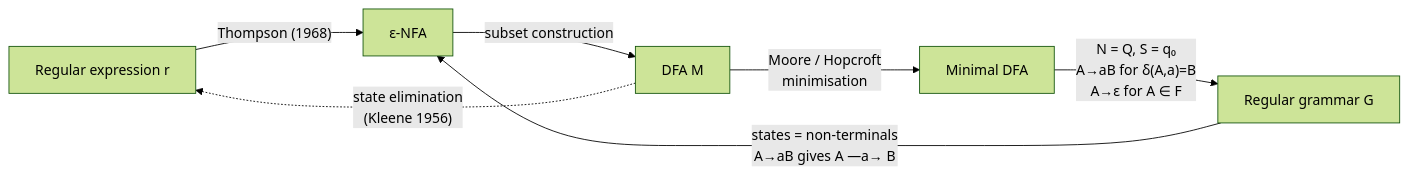
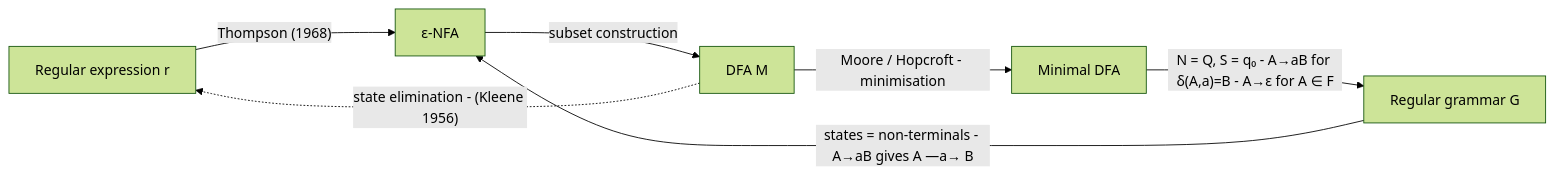
Before and after one commit to JuanJoe-18/DiscreteIII-Integrative-Task-VictorTeam: the ninth of 39 diagrams in docs/stage1_regex.md, drawn with Mermaid (forest theme). The commit also changed other lines of this file, not shown here.

````diff
--- a/docs/stage1_regex.md
+++ b/docs/stage1_regex.md
@@ -482,14 +482,14 @@
 ```mermaid
 flowchart LR
     RE["Regular expression r"]
     ENFA["ε-NFA"]
     DFA["DFA M"]
     MIN["Minimal DFA"]
     RG["Regular grammar G"]
     RE -->|"Thompson (1968)"| ENFA
     ENFA -->|"subset construction"| DFA
-    DFA -->|"Moore / Hopcroft<br/>minimisation"| MIN
-    MIN -->|"N = Q, S = q₀<br/>A→aB for δ(A,a)=B<br/>A→ε for A ∈ F"| RG
-    RG -->|"states = non-terminals<br/>A→aB gives A —a→ B"| ENFA
-    DFA -.->|"state elimination<br/>(Kleene 1956)"| RE
+    DFA -->|"Moore / Hopcroft - minimisation"| MIN
+    MIN -->|"N = Q, S = q₀ - A→aB for δ(A,a)=B - A→ε for A ∈ F"| RG
+    RG -->|"states = non-terminals - A→aB gives A —a→ B"| ENFA
+    DFA -.->|"state elimination - (Kleene 1956)"| RE
 ```
````
